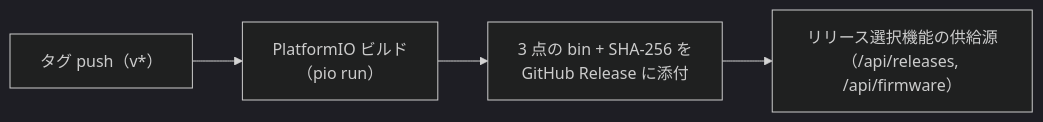
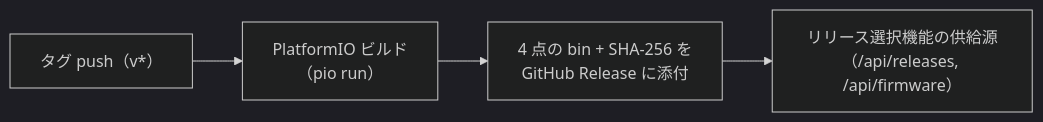
One commit to japan4415/m5s-sw-life-counter changed the third of 4 diagrams in docs/14-web-flasher-design.md. Above: the diagram before and after it, drawn with Mermaid (dark theme). The commit also changed other lines of this file and 1 other file, not shown here.

Commit message:
リリースアセットに boot_app0.bin を追加する

````diff
--- a/docs/14-web-flasher-design.md
+++ b/docs/14-web-flasher-design.md
@@ -284,6 +286,6 @@
 ```mermaid
 flowchart LR
     A["タグ push（v*）"] --> B["PlatformIO ビルド<br>（pio run）"]
-    B --> C["3 点の bin + SHA-256 を<br>GitHub Release に添付"]
+    B --> C["4 点の bin + SHA-256 を<br>GitHub Release に添付"]
     C --> D["リリース選択機能の供給源<br>（/api/releases, /api/firmware）"]
 ```
````
